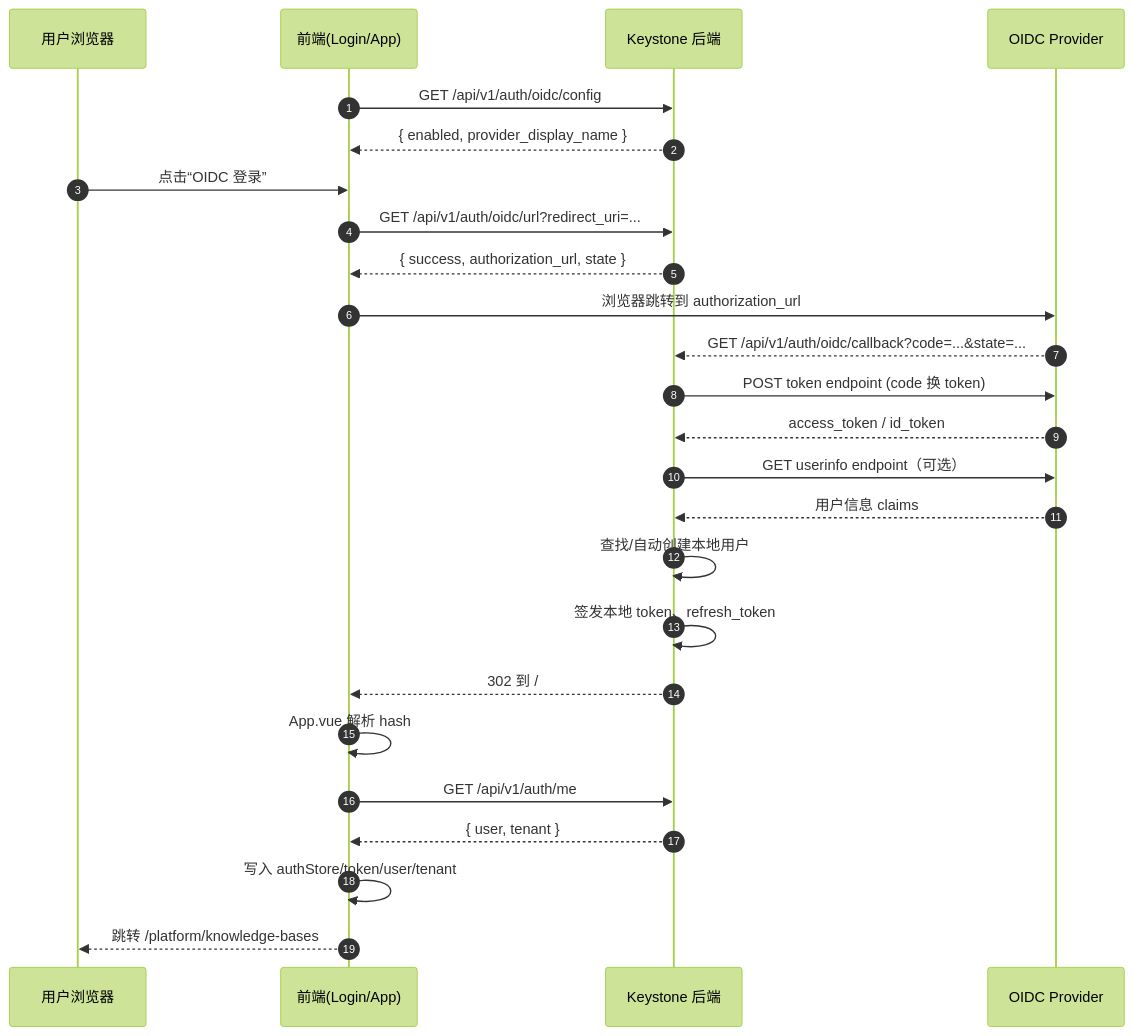
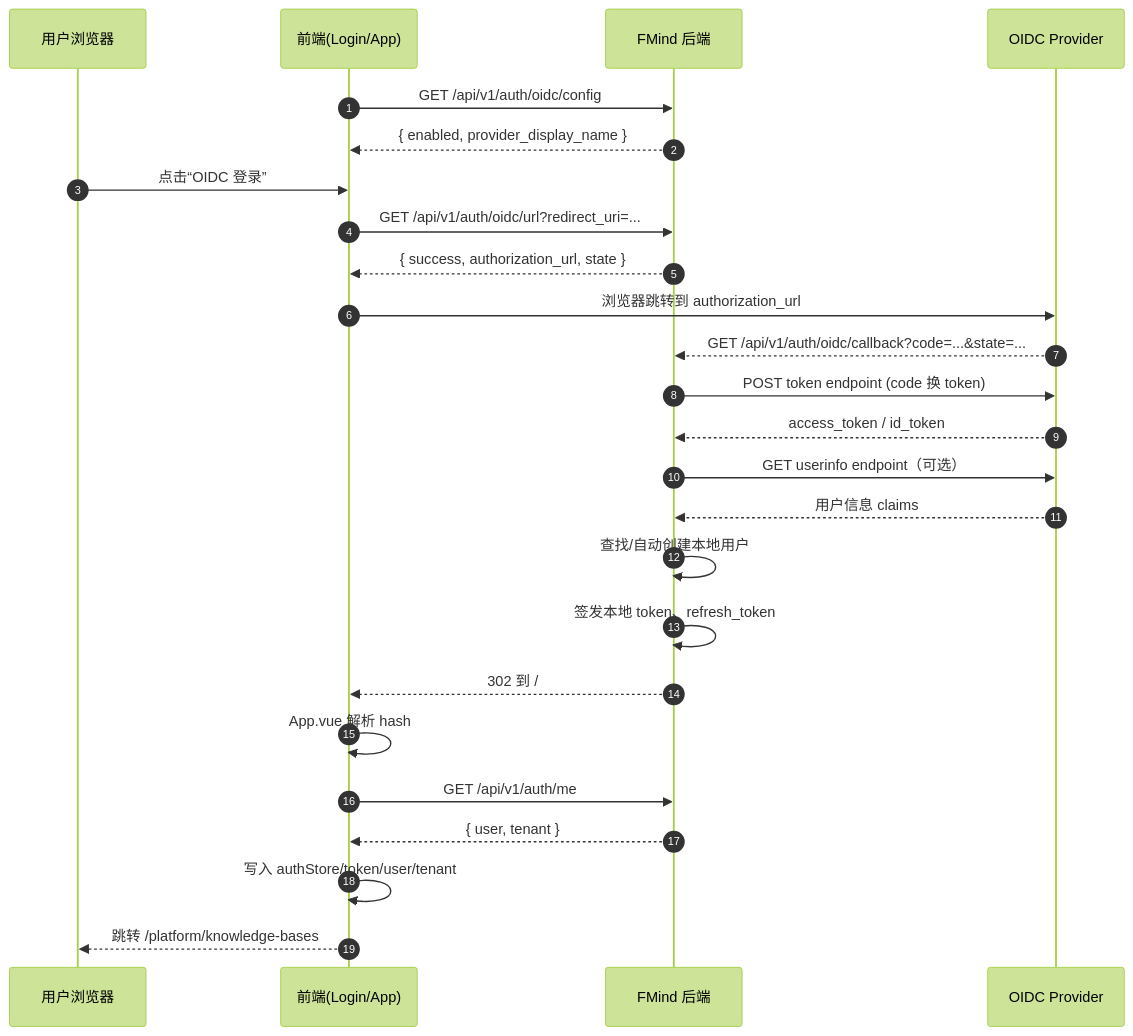
The first of 2 diagrams in docs/OIDC认证调用流程.md (justaboyhai-wq/FTMind), drawn with Mermaid (forest theme) before and after one commit. The commit also changed other lines of this file and 1359 other files, not shown here.

First line of the commit message:
rebrand: rename Keystone to FMind across the project

````diff
--- a/docs/OIDC认证调用流程.md
+++ b/docs/OIDC认证调用流程.md
@@ -69,32 +69,32 @@
 ```mermaid
 sequenceDiagram
     autonumber
     participant U as 用户浏览器
     participant FE as 前端(Login/App)
-    participant BE as Keystone 后端
+    participant BE as FMind 后端
     participant OP as OIDC Provider
 
     FE->>BE: GET /api/v1/auth/oidc/config
     BE-->>FE: { enabled, provider_display_name }
 
     U->>FE: 点击“OIDC 登录”
     FE->>BE: GET /api/v1/auth/oidc/url?redirect_uri=...
     BE-->>FE: { success, authorization_url, state }
     FE->>OP: 浏览器跳转到 authorization_url
 
     OP-->>BE: GET /api/v1/auth/oidc/callback?code=...&state=...
     BE->>OP: POST token endpoint (code 换 token)
     OP-->>BE: access_token / id_token
     BE->>OP: GET userinfo endpoint（可选）
     OP-->>BE: 用户信息 claims
 
     BE->>BE: 查找/自动创建本地用户
     BE->>BE: 签发本地 token、refresh_token
     BE-->>FE: 302 到 /#oidc_result=...
 
     FE->>FE: App.vue 解析 hash
     FE->>BE: GET /api/v1/auth/me
     BE-->>FE: { user, tenant }
     FE->>FE: 写入 authStore/token/user/tenant
     FE-->>U: 跳转 /platform/knowledge-bases
 ```
````
